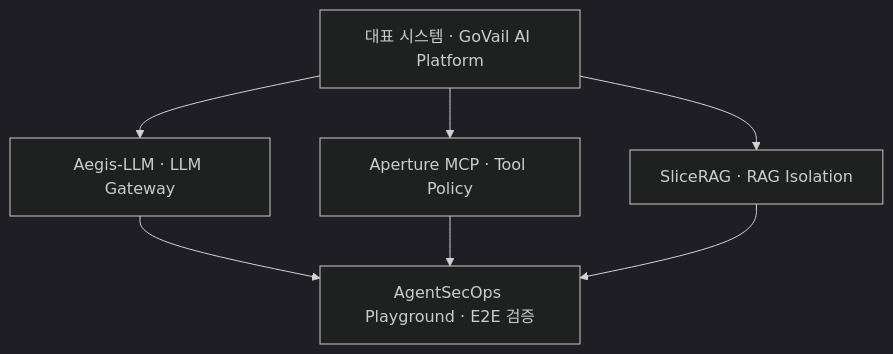
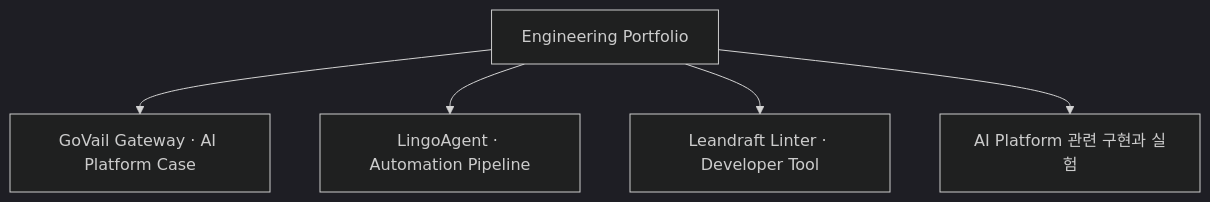
One commit to devcy0922/devcy0922.github.io changed the second of 5 diagrams in architecture.md. Above: the diagram before and after it, drawn with Mermaid (dark theme). The commit also changed other lines of this file and 12 other files, not shown here.

Commit message:
feat(portfolio): refocus site on engineering experience

````diff
--- a/architecture.md
+++ b/architecture.md
@@ -48,15 +51,13 @@
 ```mermaid
 flowchart TB
-    GoVail["대표 시스템 · GoVail AI Platform"]
-    Aegis["Aegis-LLM · LLM Gateway"]
-    Aperture["Aperture MCP · Tool Policy"]
-    SliceRAG["SliceRAG · RAG Isolation"]
-    Playground["AgentSecOps Playground · E2E 검증"]
+    Portfolio["Engineering Portfolio"]
+    GoVail["GoVail Gateway · AI Platform Case"]
+    Lingo["LingoAgent · Automation Pipeline"]
+    Leandraft["Leandraft Linter · Developer Tool"]
+    Components["AI Platform 관련 구현과 실험"]
 
-    GoVail --> Aegis
-    GoVail --> Aperture
-    GoVail --> SliceRAG
-    Aegis --> Playground
-    Aperture --> Playground
-    SliceRAG --> Playground
+    Portfolio --> GoVail
+    Portfolio --> Lingo
+    Portfolio --> Leandraft
+    Portfolio --> Components
 ```
````
